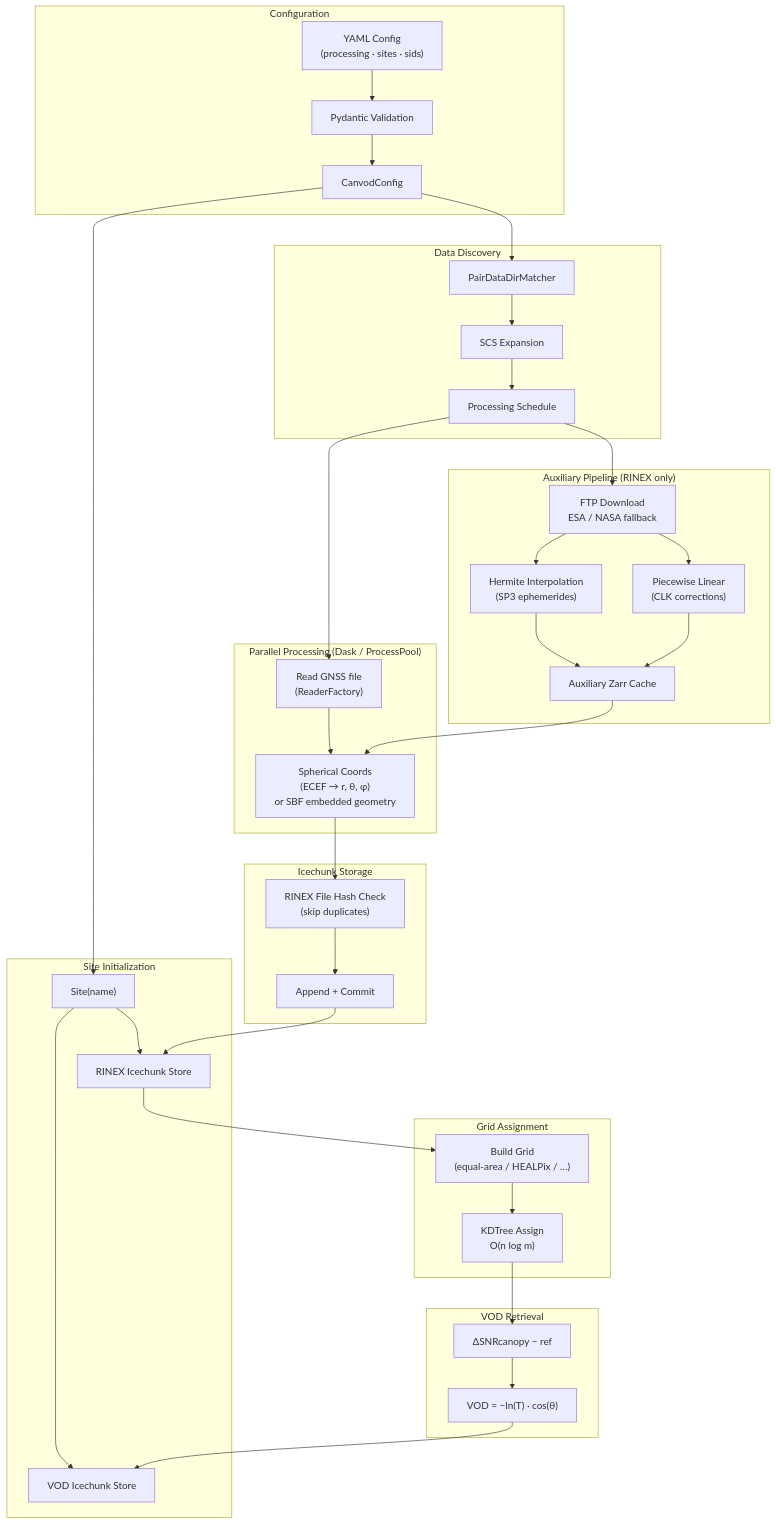
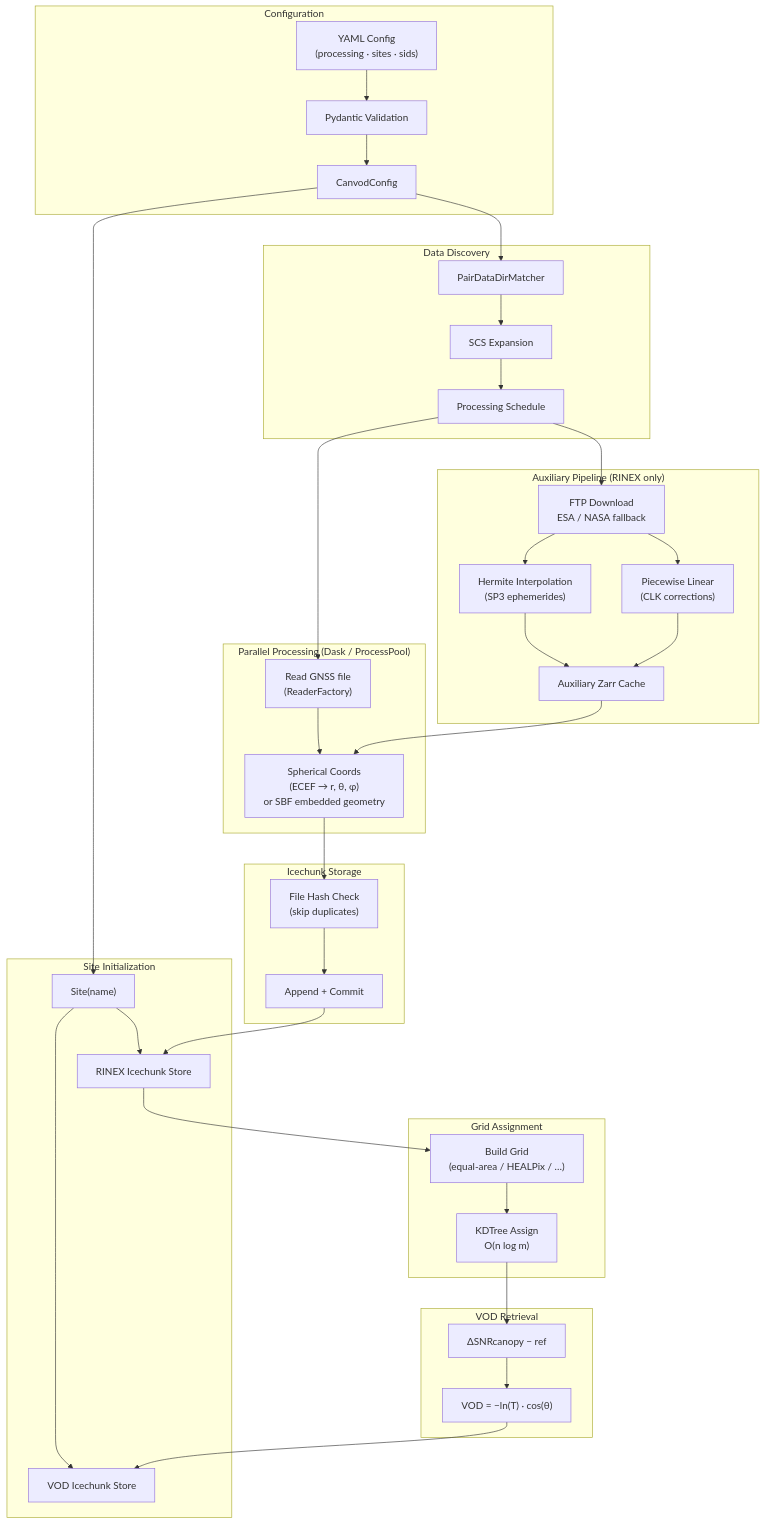
One commit to konstantinschellenberg/canvodpy changed the second of 2 diagrams in docs/architecture.md. Above: the diagram before and after it, drawn with Mermaid. The commit also changed 44 other files, not shown here.

````diff
--- a/docs/architecture.md
+++ b/docs/architecture.md
@@ -164,62 +164,62 @@
 ```mermaid
 flowchart TD
     subgraph CFG["Configuration"]
         YAML["YAML Config\n(processing · sites · sids)"]
         PYDANTIC["Pydantic Validation"]
         CONFIG["CanvodConfig"]
     end
 
     subgraph INIT["Site Initialization"]
         SITE["Site(name)"]
         RINEX_STORE["RINEX Icechunk Store"]
         VOD_STORE["VOD Icechunk Store"]
     end
 
     subgraph DISCOVERY["Data Discovery"]
         MATCHER["PairDataDirMatcher"]
         EXPAND["SCS Expansion"]
         SCHEDULE["Processing Schedule"]
     end
 
     subgraph AUX["Auxiliary Pipeline (RINEX only)"]
         FTP["FTP Download\nESA / NASA fallback"]
         HERMITE["Hermite Interpolation\n(SP3 ephemerides)"]
         LINEAR["Piecewise Linear\n(CLK corrections)"]
         AUX_ZARR["Auxiliary Zarr Cache"]
     end
 
     subgraph PARALLEL["Parallel Processing (Dask / ProcessPool)"]
         READ_R["Read GNSS file\n(ReaderFactory)"]
         SPHERICAL["Spherical Coords\n(ECEF → r, θ, φ)\nor SBF embedded geometry"]
     end
 
     subgraph WRITE["Icechunk Storage"]
-        HASH_CHECK["RINEX File Hash Check\n(skip duplicates)"]
+        HASH_CHECK["File Hash Check\n(skip duplicates)"]
         APPEND["Append + Commit"]
     end
 
     subgraph GRID["Grid Assignment"]
         BUILD_GRID["Build Grid\n(equal-area / HEALPix / …)"]
         KDTREE["KDTree Assign\nO(n log m)"]
     end
 
     subgraph VOD["VOD Retrieval"]
         DELTA["ΔSNRcanopy − ref"]
         TAU["VOD = −ln(T) · cos(θ)"]
     end
 
     YAML --> PYDANTIC --> CONFIG --> SITE
     SITE --> RINEX_STORE & VOD_STORE
 
     CONFIG --> MATCHER --> EXPAND --> SCHEDULE
 
     SCHEDULE --> FTP --> HERMITE & LINEAR --> AUX_ZARR
 
     SCHEDULE --> READ_R --> SPHERICAL
     AUX_ZARR --> SPHERICAL
 
     SPHERICAL --> HASH_CHECK --> APPEND --> RINEX_STORE
 
     RINEX_STORE --> BUILD_GRID --> KDTREE --> DELTA --> TAU
     TAU --> VOD_STORE
 ```
````
